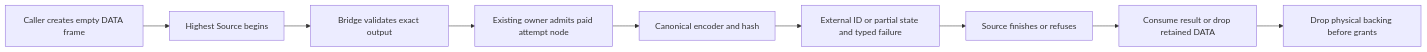
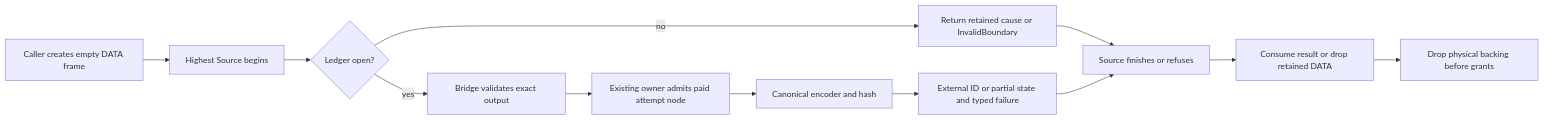
Before and after one commit to josongmin/quanta-gqlang-v2: the diagram in docs/plans/oct-6-substrate-dedup/native-identity-boundary.md, drawn with Mermaid. The commit also changed other lines of this file and 4 other files, not shown here.

````diff
--- a/docs/plans/oct-6-substrate-dedup/native-identity-boundary.md
+++ b/docs/plans/oct-6-substrate-dedup/native-identity-boundary.md
@@ -27,11 +27,14 @@
 ```mermaid
 flowchart LR
   A[Caller creates empty DATA frame] --> B[Highest Source begins]
-  B --> C[Bridge validates exact output]
+  B --> O{Ledger open?}
+  O -->|yes| C[Bridge validates exact output]
+  O -->|no| T[Return retained cause or InvalidBoundary]
+  T --> G
   C --> D[Existing owner admits paid attempt node]
   D --> E[Canonical encoder and hash]
   E --> F[External ID or partial state and typed failure]
   F --> G[Source finishes or refuses]
   G --> H[Consume result or drop retained DATA]
   H --> I[Drop physical backing before grants]
 ```
````
